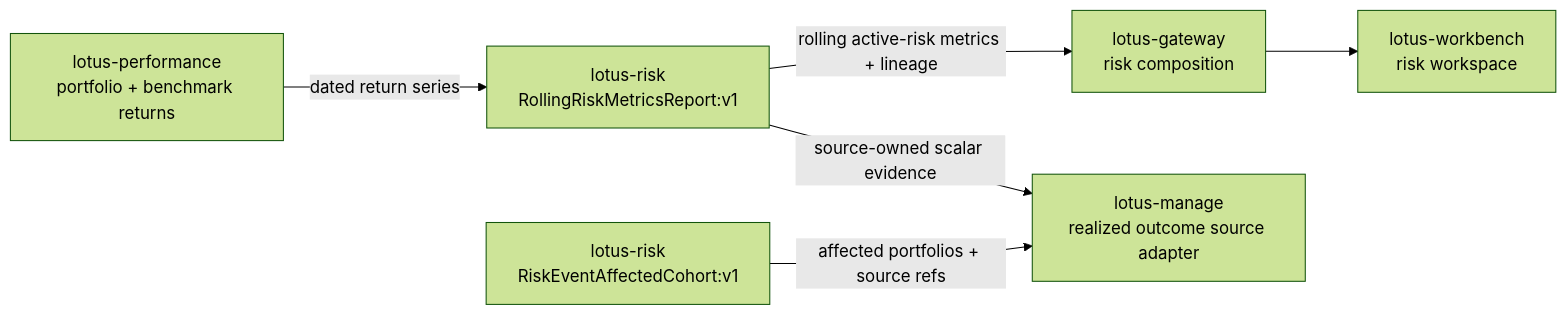
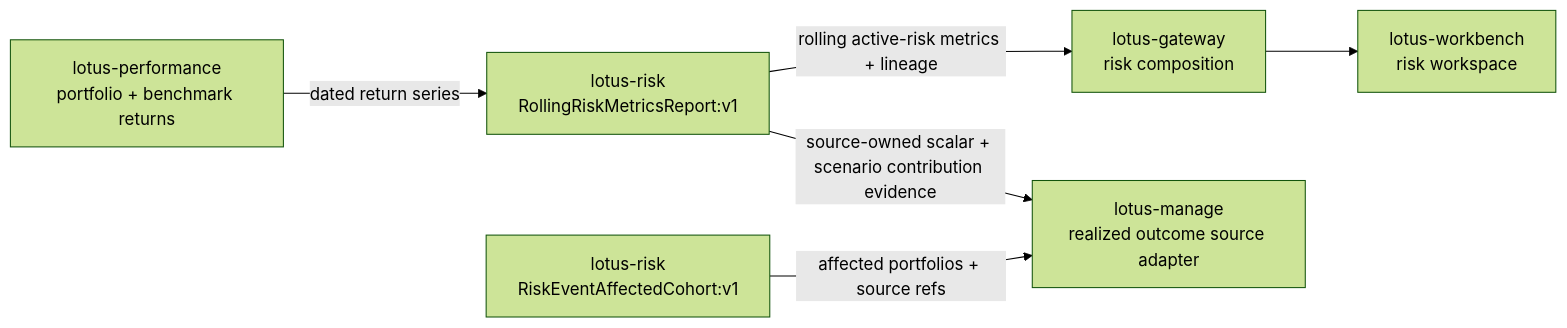
Before and after one commit to sgajbi/lotus-risk: the diagram in wiki/Mesh-Data-Products.md, drawn with Mermaid (forest theme). The commit also changed other lines of this file and 15 other files, not shown here.

Commit message:
feat: add scenario position contribution evidence

````diff
--- a/wiki/Mesh-Data-Products.md
+++ b/wiki/Mesh-Data-Products.md
@@ -33,15 +40,15 @@
 ```mermaid
 flowchart LR
     PERF[lotus-performance<br/>portfolio + benchmark returns]
     RISK[lotus-risk<br/>RollingRiskMetricsReport:v1]
     GW[lotus-gateway<br/>risk composition]
     WB[lotus-workbench<br/>risk workspace]
     MANAGE[lotus-manage<br/>realized outcome source adapter]
     COHORT[lotus-risk<br/>RiskEventAffectedCohort:v1]
 
     PERF -->|dated return series| RISK
     RISK -->|rolling active-risk metrics + lineage| GW
     GW --> WB
-    RISK -->|source-owned scalar evidence| MANAGE
+    RISK -->|source-owned scalar + scenario contribution evidence| MANAGE
     COHORT -->|affected portfolios + source refs| MANAGE
 ```
````
